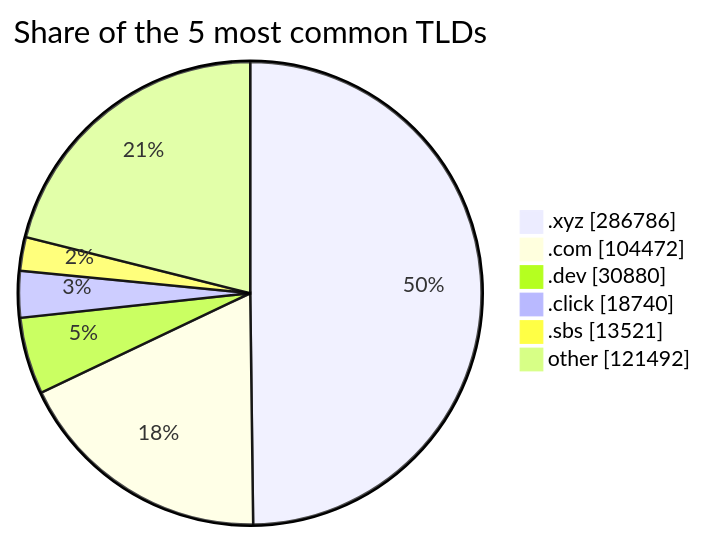
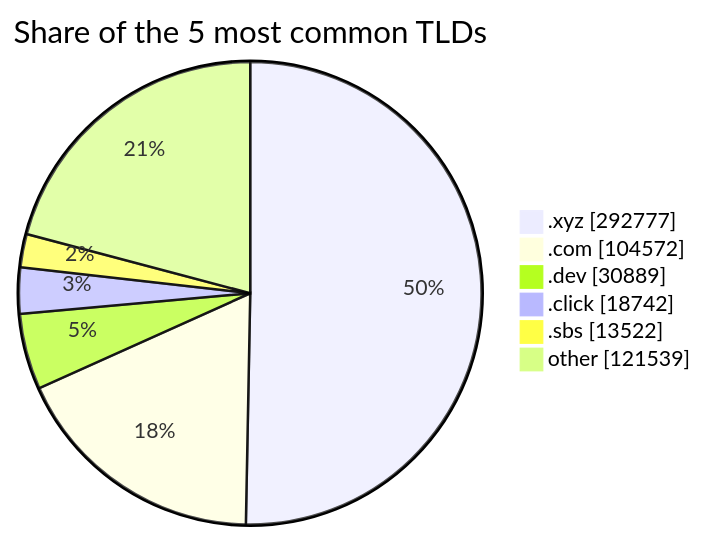
The third of 3 diagrams in README.md (DNSBunker/CTI), drawn with Mermaid before and after one commit. The commit also changed other lines of this file and 3 other files, not shown here.

````diff
--- a/README.md
+++ b/README.md
@@ -81,9 +81,9 @@
 ```mermaid
 pie showData title Share of the 5 most common TLDs
-    ".xyz" : 286786
-    ".com" : 104472
-    ".dev" : 30880
-    ".click" : 18740
-    ".sbs" : 13521
-    "other" : 121492
+    ".xyz" : 292777
+    ".com" : 104572
+    ".dev" : 30889
+    ".click" : 18742
+    ".sbs" : 13522
+    "other" : 121539
 ```
````
